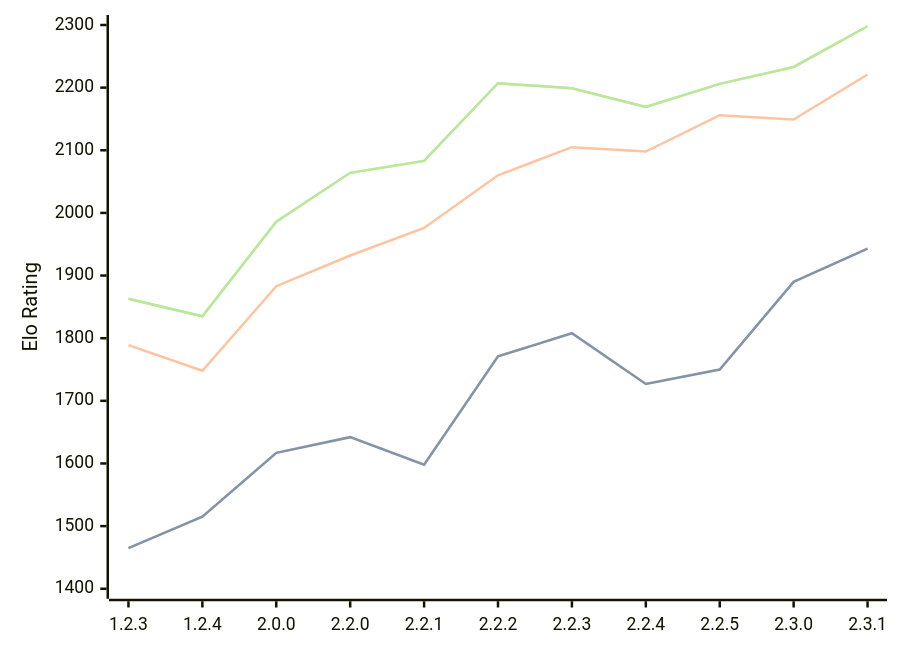
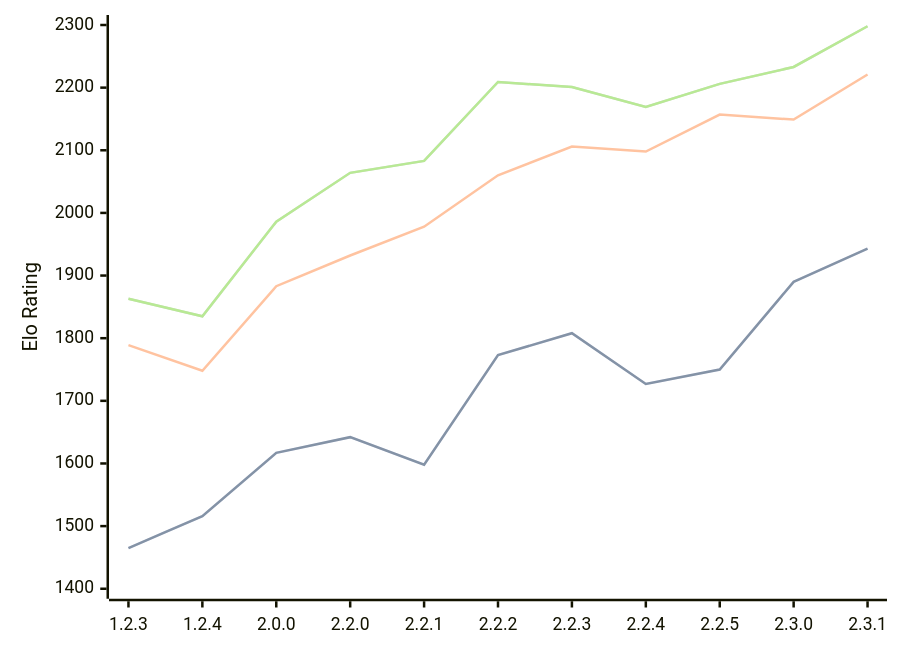
The first of 3 diagrams in engines/Kreveta.md (computer-chess-index/cci), drawn with Mermaid before and after one commit. The commit also changed other lines of this file, not shown here.

Commit message:
Update CCI Ratings (ELO VLTC) - 2026-06-24

````diff
--- a/engines/Kreveta.md
+++ b/engines/Kreveta.md
@@ -43,11 +43,11 @@
 ```mermaid
 %%{init: {"theme":"base","themeVariables":{"seriesColors:['#a3a3a3','#222221','#faa371']}}}%%
 xychart-beta
   x-axis ["1.2.3", "1.2.4", "2.0.0", "2.2.0", "2.2.1", "2.2.2", "2.2.3", "2.2.4", "2.2.5", "2.3.0", "2.3.1"]
   y-axis "Elo Rating" 1400 --> 2300
-  line "STC (8.0+0.08s)" [1465, 1515, 1617, 1642, 1598, 1771, 1808, 1727, 1750, 1890, 1943]
-  line "STC (8.0+0.08s)" [1465, 1515, 1617, 1642, 1598, 1771, 1808, 1727, 1750, 1890, 1943]
-  line "LTC (60.0+0.60s)" [1789, 1748, 1883, 1932, 1976, 2060, 2105, 2098, 2156, 2149, 2221]
-  line "VLTC (2m24s+1.12s)" [1863, 1835, 1986, 2064, 2083, 2207, 2199, 2169, 2206, 2233, 2298]
-  line "VLTC (2m24s+1.12s)" [1863, 1835, 1986, 2064, 2083, 2207, 2199, 2169, 2206, 2233, 2298]
+  line "STC (8.0+0.08s)" [1465, 1516, 1617, 1642, 1598, 1773, 1808, 1727, 1750, 1890, 1943]
+  line "STC (8.0+0.08s)" [1465, 1516, 1617, 1642, 1598, 1773, 1808, 1727, 1750, 1890, 1943]
+  line "LTC (60.0+0.60s)" [1789, 1748, 1883, 1932, 1978, 2060, 2106, 2098, 2157, 2149, 2221]
+  line "VLTC (2m24s+1.12s)" [1863, 1835, 1986, 2064, 2083, 2209, 2201, 2169, 2206, 2233, 2298]
+  line "VLTC (2m24s+1.12s)" [1863, 1835, 1986, 2064, 2083, 2209, 2201, 2169, 2206, 2233, 2298]
 ```
````
